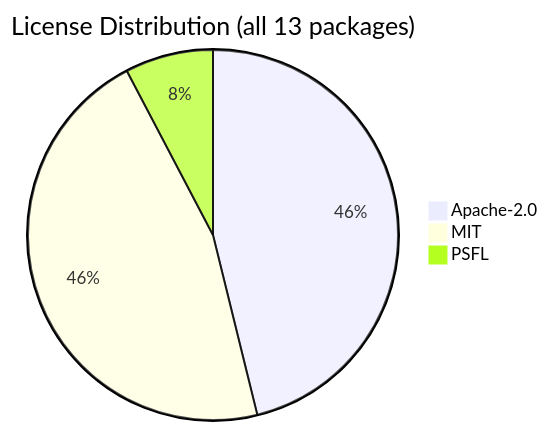
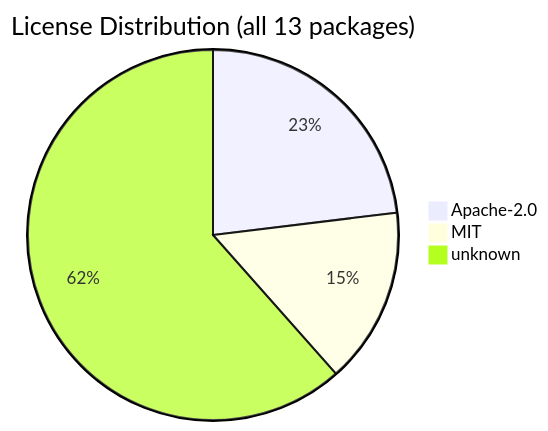
One commit to svenroth-ai/shipwright changed the diagram in .shipwright/compliance/sbom.md. Above: the diagram before and after it, drawn with Mermaid. The commit also changed other lines of this file and 6 other files, not shown here.

````diff
--- a/.shipwright/compliance/sbom.md
+++ b/.shipwright/compliance/sbom.md
@@ -20,6 +20,6 @@
 ```mermaid
 pie title License Distribution (all 13 packages)
-    "Apache-2.0" : 6
-    "MIT" : 6
-    "PSFL" : 1
+    "Apache-2.0" : 3
+    "MIT" : 2
+    "unknown" : 8
 ```
````
